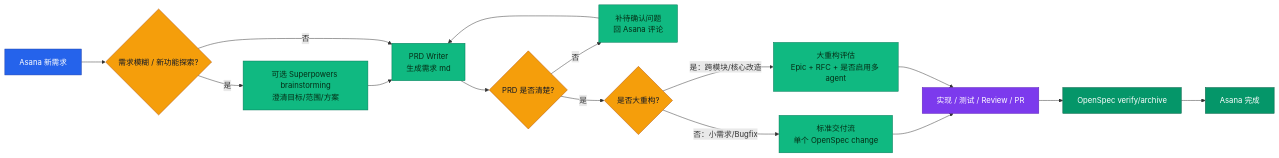
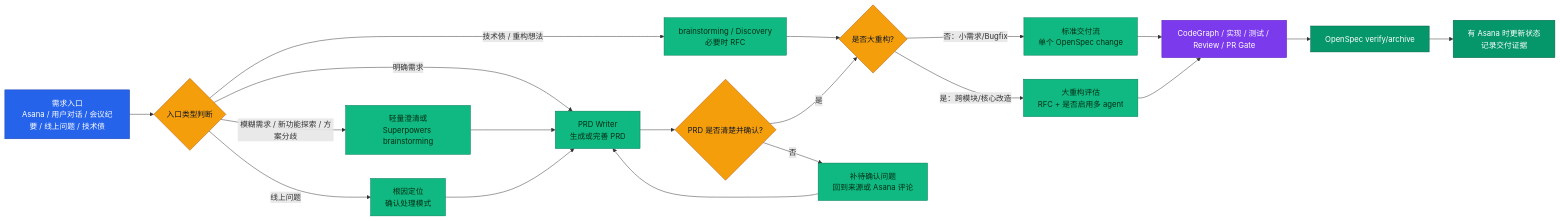
The first of 4 diagrams in 流程图.md (guobang1998/asana-openspec-java-workflow), drawn with Mermaid before and after one commit. The commit also changed other lines of this file and 14 other files, not shown here.

````diff
--- a/流程图.md
+++ b/流程图.md
@@ -5,31 +5,35 @@
 ```mermaid
 flowchart LR
-  A["Asana 新需求"] --> S{"需求模糊 / 新功能探索?"}
-  S -- "是" --> S1["可选 Superpowers brainstorming<br/>澄清目标/范围/方案"]
-  S1 --> B["PRD Writer<br/>生成需求 md"]
-  S -- "否" --> B
-  B --> C{"PRD 是否清楚?"}
-  C -- "否" --> D["补待确认问题<br/>回 Asana 评论"] --> B
-  C -- "是" --> E{"是否大重构?"}
+  A["需求入口<br/>Asana / 用户对话 / 会议纪要 / 线上问题 / 技术债"] --> R{"入口类型判断"}
+  R -- "明确需求" --> B["PRD Writer<br/>生成或完善 PRD"]
+  R -- "模糊需求 / 新功能探索 / 方案分歧" --> S1["轻量澄清或<br/>Superpowers brainstorming"]
+  R -- "线上问题" --> P["根因定位<br/>确认处理模式"]
+  R -- "技术债 / 重构想法" --> T["brainstorming / Discovery<br/>必要时 RFC"]
+  S1 --> B
+  P --> B
+  T --> E{"是否大重构?"}
+  B --> C{"PRD 是否清楚并确认?"}
+  C -- "否" --> D["补待确认问题<br/>回到来源或 Asana 评论"] --> B
+  C -- "是" --> E
 
   E -- "否：小需求/Bugfix" --> F["标准交付流<br/>单个 OpenSpec change"]
-  E -- "是：跨模块/核心改造" --> G["大重构评估<br/>Epic + RFC + 是否启用多 agent"]
+  E -- "是：跨模块/核心改造" --> G["大重构评估<br/>RFC + 是否启用多 agent"]
 
-  F --> H["实现 / 测试 / Review / PR"]
+  F --> H["CodeGraph / 实现 / 测试 / Review / PR Gate"]
   G --> H
   H --> I["OpenSpec verify/archive"]
-  I --> J["Asana 完成"]
+  I --> J["有 Asana 时更新状态<br/>记录交付证据"]
 
   classDef intake fill:#2563eb,color:#fff,stroke:#1e40af,stroke-width:1px;
   classDef decision fill:#f59e0b,color:#111827,stroke:#b45309,stroke-width:1px;
   classDef doc fill:#10b981,color:#052e16,stroke:#047857,stroke-width:1px;
   classDef work fill:#7c3aed,color:#fff,stroke:#5b21b6,stroke-width:1px;
   classDef done fill:#059669,color:#fff,stroke:#065f46,stroke-width:1px;
 
   class A intake;
-  class B,D,F,G doc;
-  class C,E,S decision;
+  class B,D,F,G,P,T doc;
+  class C,E,R decision;
   class S1 doc;
   class H work;
   class I,J done;
 ```
````
